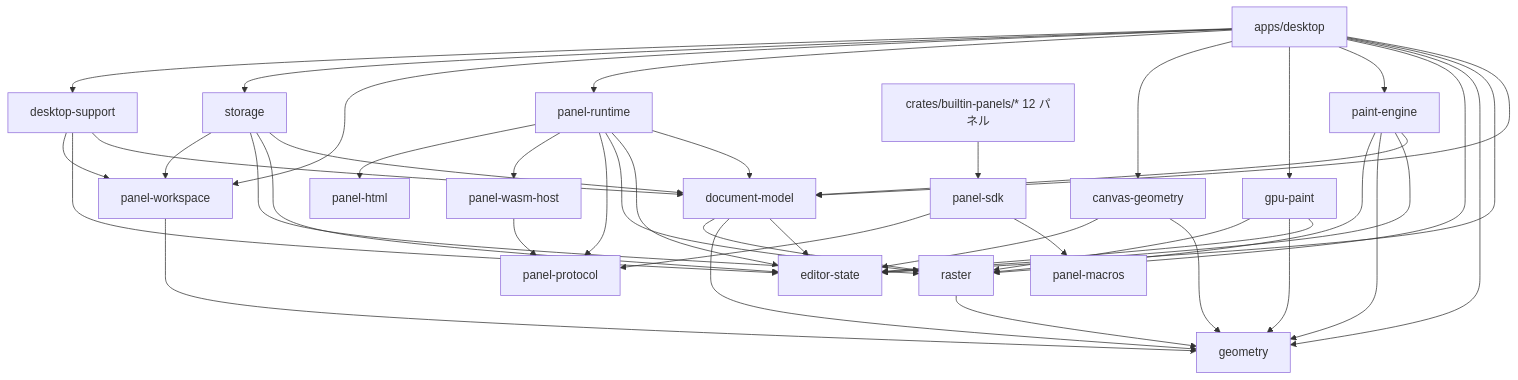
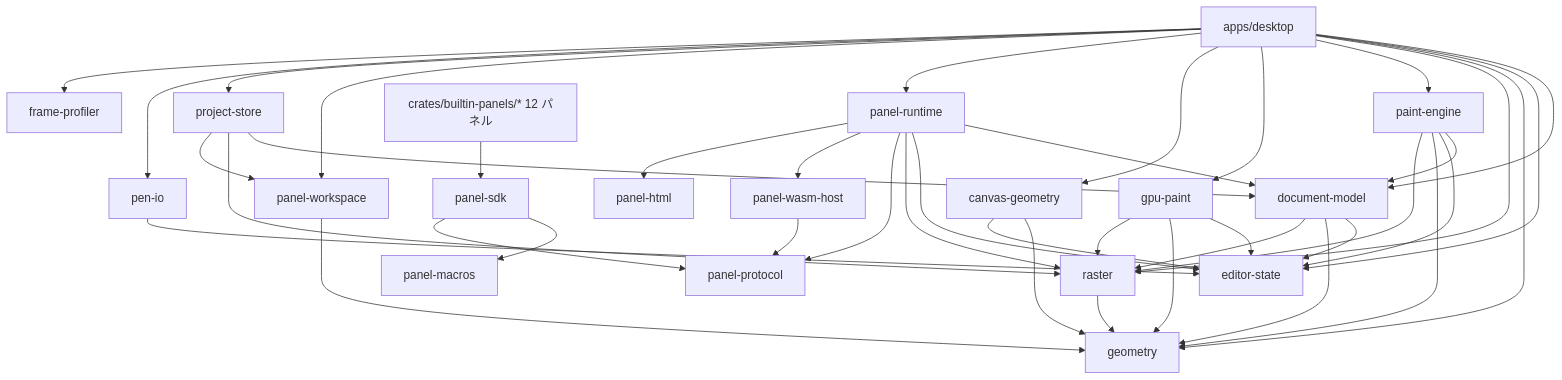
One commit to gitdmnt/altpaint changed the first of 2 diagrams in docs/MODULE_DEPENDENCIES.md. Above: the diagram before and after it, drawn with Mermaid. The commit also changed other lines of this file and 3 other files, not shown here.

````diff
--- a/docs/MODULE_DEPENDENCIES.md
+++ b/docs/MODULE_DEPENDENCIES.md
@@ -87,53 +90,51 @@
 ```mermaid
 graph TD
     geometry[geometry]
     raster[raster] --> geometry
     editorstate[editor-state]
     docmodel[document-model] --> editorstate
     docmodel --> geometry
     docmodel --> raster
 
     desktop[apps/desktop] --> docmodel
     desktop --> editorstate
     desktop --> geometry
     desktop --> raster
     desktop --> paintengine[paint-engine]
     desktop --> gpupaint[gpu-paint]
     desktop --> canvasgeo[canvas-geometry]
     desktop --> panelruntime[panel-runtime]
     desktop --> panelws[panel-workspace]
-    desktop --> storage[storage]
-    desktop --> dsupport[desktop-support]
+    desktop --> projectstore[project-store]
+    desktop --> penio[pen-io]
+    desktop --> profiler[frame-profiler]
 
     paintengine --> docmodel
     paintengine --> editorstate
     paintengine --> geometry
     paintengine --> raster
     gpupaint --> editorstate
     gpupaint --> geometry
     gpupaint --> raster
     canvasgeo --> geometry
     canvasgeo --> editorstate
-    storage --> docmodel
-    storage --> editorstate
-    storage --> raster
-    storage --> panelws
-    dsupport --> docmodel
-    dsupport --> editorstate
-    dsupport --> panelws
+    projectstore --> docmodel
+    projectstore --> raster
+    projectstore --> panelws
+    penio --> editorstate
 
     panelws --> geometry
 
     panelruntime --> docmodel
     panelruntime --> editorstate
     panelruntime --> raster
     panelruntime --> protocol[panel-protocol]
     panelruntime --> wasmhost[panel-wasm-host]
     panelruntime --> phtml[panel-html]
 
     wasmhost --> protocol
     panelsdk[panel-sdk] --> pmacros[panel-macros]
     panelsdk --> protocol
 
     panels[crates/builtin-panels/* 12 パネル] --> panelsdk
 ```
````
